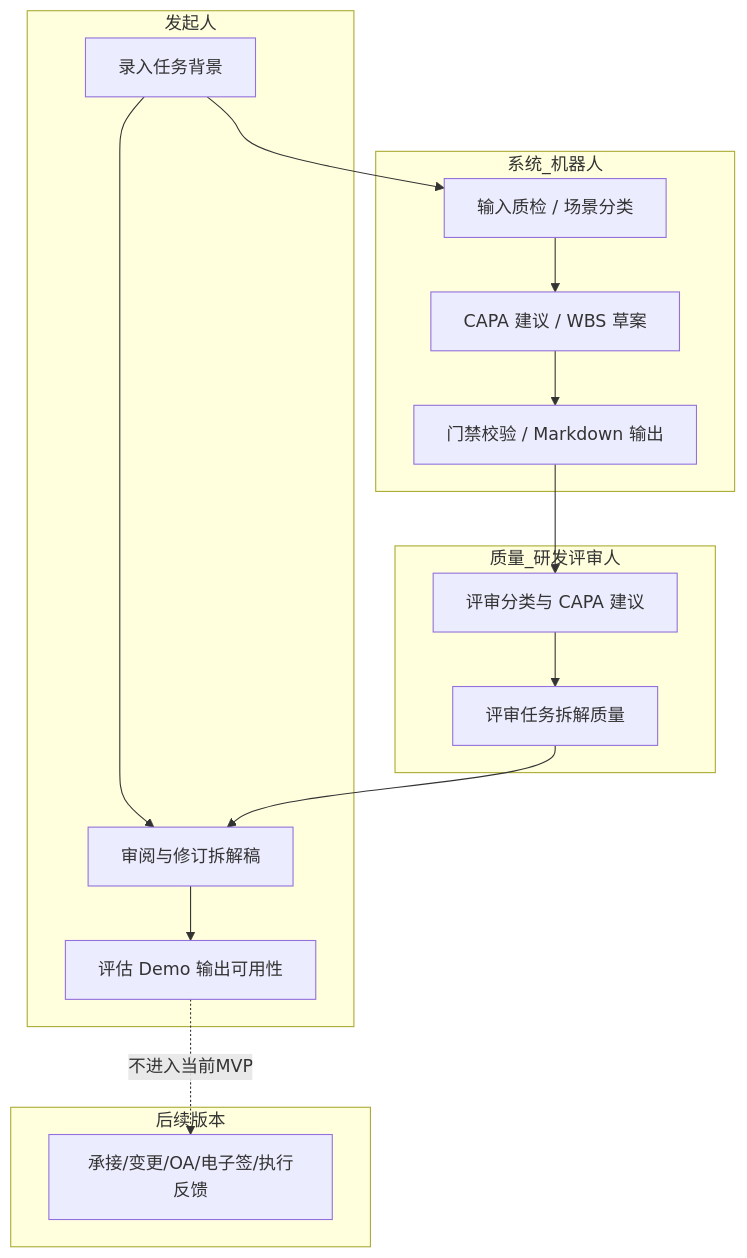
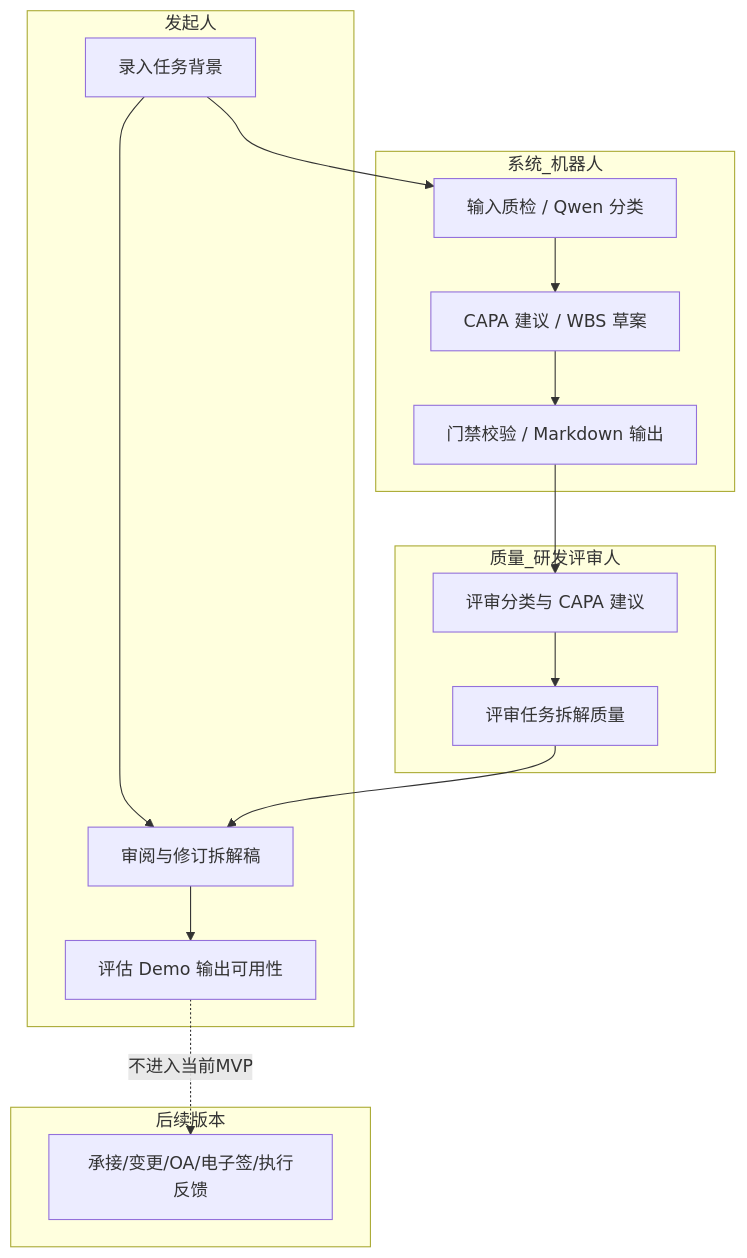
The sixth of 7 diagrams in docs/PRD-钉钉任务规划与承接确认机器人-场景流程图.md (LeoHimself10/manage_robot), drawn with Mermaid before and after one commit. The commit also changed other lines of this file and 5 other files, not shown here.

````diff
--- a/docs/PRD-钉钉任务规划与承接确认机器人-场景流程图.md
+++ b/docs/PRD-钉钉任务规划与承接确认机器人-场景流程图.md
@@ -114,21 +114,21 @@
 ```mermaid
 flowchart TB
   subgraph 发起人
     A1[录入任务背景] --> A2[审阅与修订拆解稿]
     A2 --> A3[评估 Demo 输出可用性]
   end
   subgraph 系统_机器人
-    B1[输入质检 / 场景分类] --> B2[CAPA 建议 / WBS 草案]
+    B1[输入质检 / Qwen 分类] --> B2[CAPA 建议 / WBS 草案]
     B2 --> B3[门禁校验 / Markdown 输出]
   end
   subgraph 质量_研发评审人
     C1[评审分类与 CAPA 建议] --> C2[评审任务拆解质量]
   end
   subgraph 后续版本
     D1[承接/变更/OA/电子签/执行反馈]
   end
   A1 --> B1
   B3 --> C1
   C2 --> A2
   A3 -.不进入当前MVP.-> D1
 ```
````
